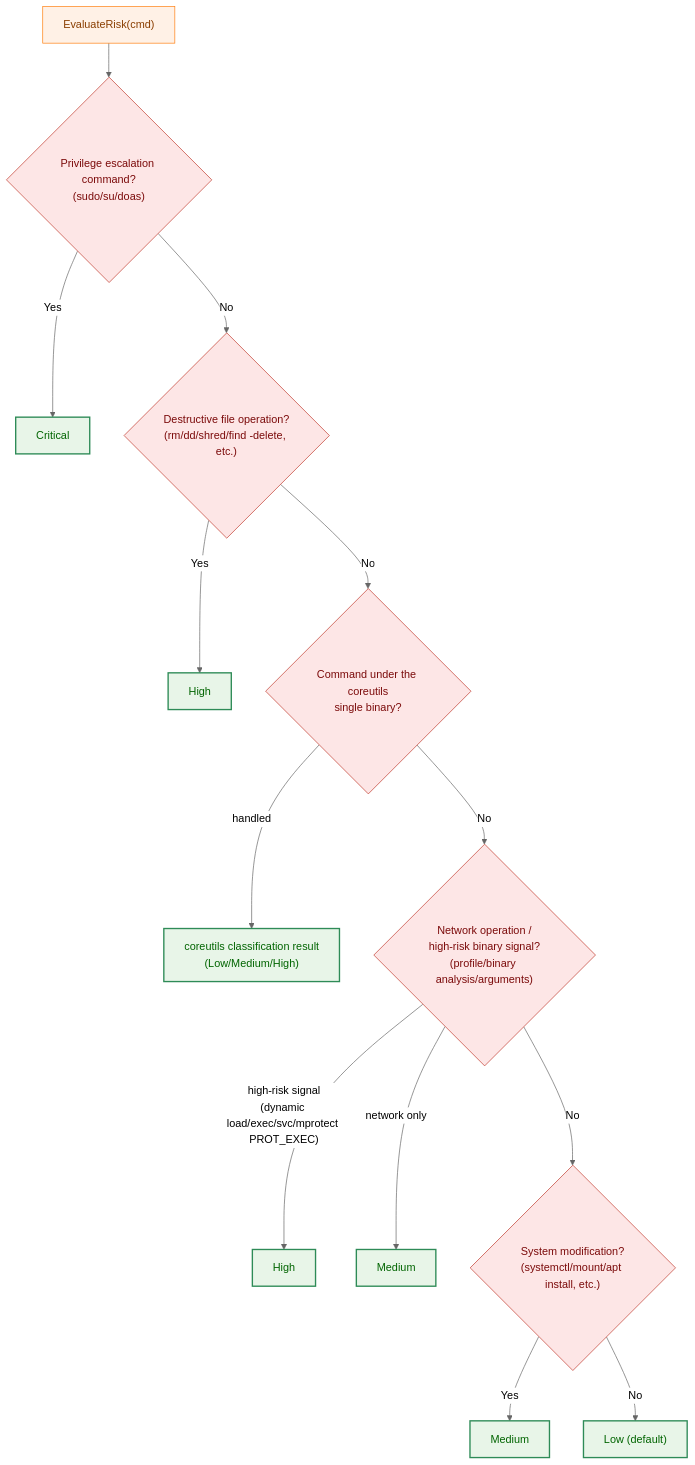
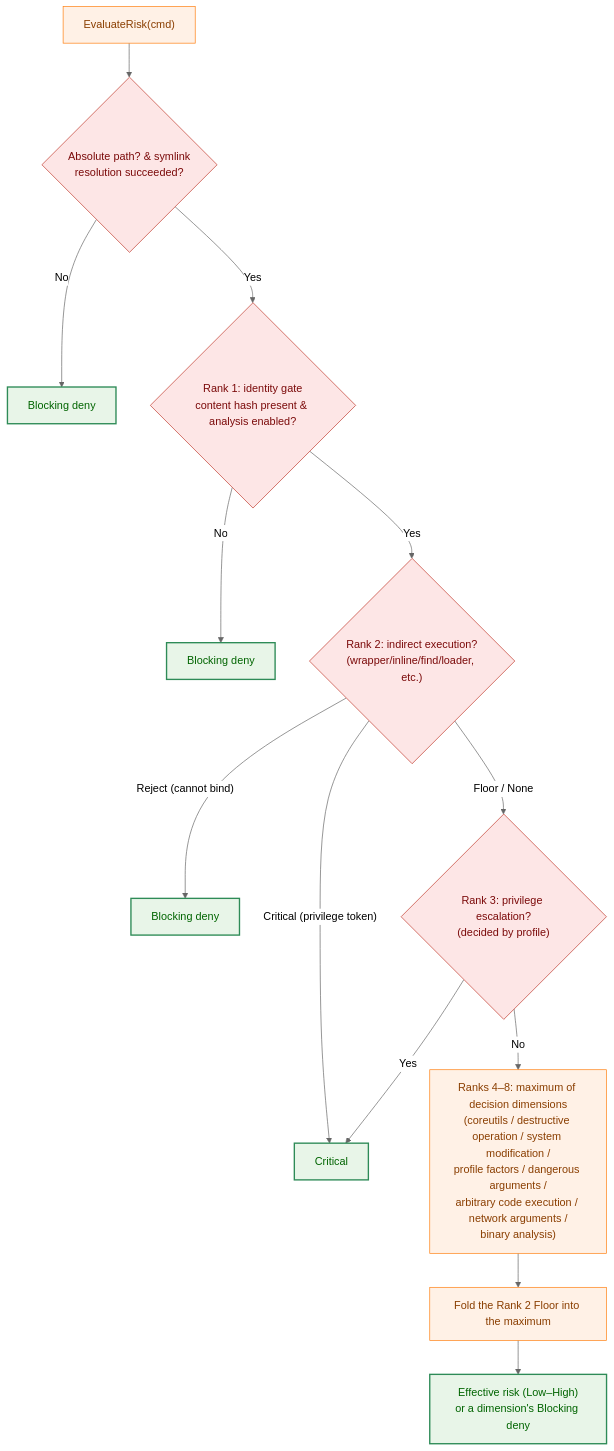
One commit to isseis/go-safe-cmd-runner changed the fourth of 5 diagrams in docs/dev/architecture_design/command-risk-evaluation.md. Above: the diagram before and after it, drawn with Mermaid (neutral theme). The commit also changed other lines of this file, not shown here.

First line of the commit message:
docs: update command risk evaluation guide (English translation)

````diff
--- a/docs/dev/architecture_design/command-risk-evaluation.md
+++ b/docs/dev/architecture_design/command-risk-evaluation.md
@@ -119,23 +132,23 @@
 ```mermaid
 flowchart TD
     classDef process fill:#fff1e6,stroke:#ff7f0e,stroke-width:1px,color:#8a3e00;
     classDef decision fill:#fde6e6,stroke:#c0392b,stroke-width:1px,color:#7b0a0a;
     classDef result fill:#e8f5e8,stroke:#2e8b57,stroke-width:2px,color:#006400;
 
-    S["EvaluateRisk(cmd)"] --> P1{"Privilege escalation command?<br>(sudo/su/doas)"}
-    P1 -->|"Yes"| RC["Critical"]
-    P1 -->|"No"| P2{"Destructive file operation?<br>(rm/dd/shred/find -delete, etc.)"}
-    P2 -->|"Yes"| RH1["High"]
-    P2 -->|"No"| P3{"Command under the coreutils<br>single binary?"}
-    P3 -->|"handled"| RCU["coreutils classification result<br>(Low/Medium/High)"]
-    P3 -->|"No"| P4{"Network operation /<br>high-risk binary signal?<br>(profile/binary analysis/arguments)"}
-    P4 -->|"high-risk signal<br>(dynamic load/exec/svc/mprotect PROT_EXEC)"| RH2["High"]
-    P4 -->|"network only"| RM1["Medium"]
-    P4 -->|"No"| P5{"System modification?<br>(systemctl/mount/apt install, etc.)"}
-    P5 -->|"Yes"| RM2["Medium"]
-    P5 -->|"No"| RL["Low (default)"]
+    S["EvaluateRisk(cmd)"] --> G0{"Absolute path? & symlink<br>resolution succeeded?"}
+    G0 -->|"No"| BR0["Blocking deny"]
+    G0 -->|"Yes"| G1{"Rank 1: identity gate<br>content hash present & analysis enabled?"}
+    G1 -->|"No"| BR1["Blocking deny"]
+    G1 -->|"Yes"| G2{"Rank 2: indirect execution?<br>(wrapper/inline/find/loader, etc.)"}
+    G2 -->|"Critical (privilege token)"| RC["Critical"]
+    G2 -->|"Reject (cannot bind)"| BR2["Blocking deny"]
+    G2 -->|"Floor / None"| G3{"Rank 3: privilege escalation?<br>(decided by profile)"}
+    G3 -->|"Yes"| RC
+    G3 -->|"No"| DIM["Ranks 4–8: maximum of decision dimensions<br>(coreutils / destructive operation / system modification /<br>profile factors / dangerous arguments /<br>arbitrary code execution / network arguments /<br>binary analysis)"]
+    DIM --> FLOOR["Fold the Rank 2 Floor into the maximum"]
+    FLOOR --> RES["Effective risk (Low–High)<br>or a dimension's Blocking deny"]
 
-    class S process;
-    class P1,P2,P3,P4,P5 decision;
-    class RC,RH1,RH2,RM1,RM2,RCU,RL result;
+    class S,DIM,FLOOR process;
+    class G0,G1,G2,G3 decision;
+    class RC,RES,BR0,BR1,BR2 result;
 ```
````
